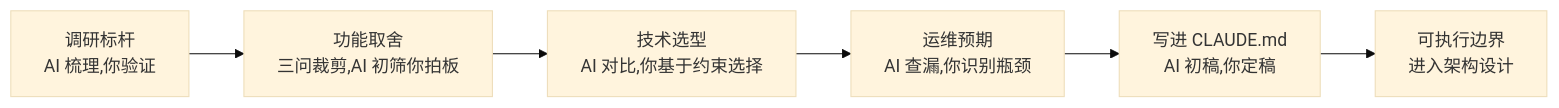
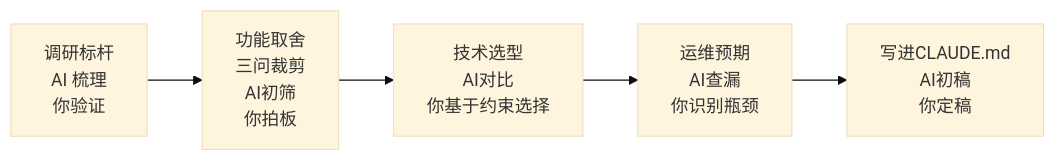
Before and after one commit to fangkun119/tech-page: the second of 2 diagrams in _posts/2026-07-01-aicent-03-prod-define.md, drawn with Mermaid (base theme). The commit also changed other lines of this file and 14 other files, not shown here.

````diff
--- a/_posts/2026-07-01-aicent-03-prod-define.md
+++ b/_posts/2026-07-01-aicent-03-prod-define.md
@@ -622,8 +622,7 @@
 ```mermaid
 flowchart LR
-    A[调研标杆<br/>AI 梳理,你验证] --> B[功能取舍<br/>三问裁剪,AI 初筛你拍板]
-    B --> C[技术选型<br/>AI 对比,你基于约束选择]
-    C --> D[运维预期<br/>AI 查漏,你识别瓶颈]
-    D --> E[写进 CLAUDE.md<br/>AI 初稿,你定稿]
-    E --> F[可执行边界<br/>进入架构设计]
+    A[调研标杆<br/>AI 梳理<br/>你验证] --> B[功能取舍<br/>三问裁剪<br/>AI初筛<br/>你拍板]
+    B --> C[技术选型<br/>AI对比<br/>你基于约束选择]
+    C --> D[运维预期<br/>AI查漏<br/>你识别瓶颈]
+    D --> E[写进CLAUDE.md<br/>AI初稿<br/>你定稿]
 ```
````
